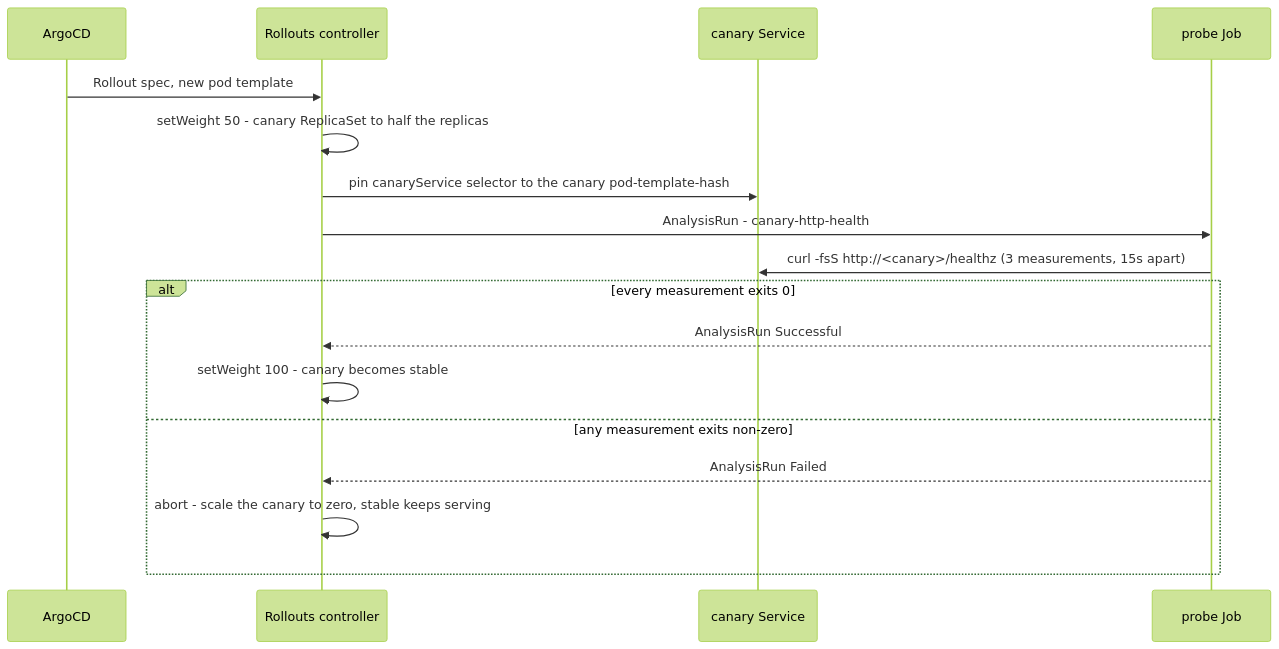
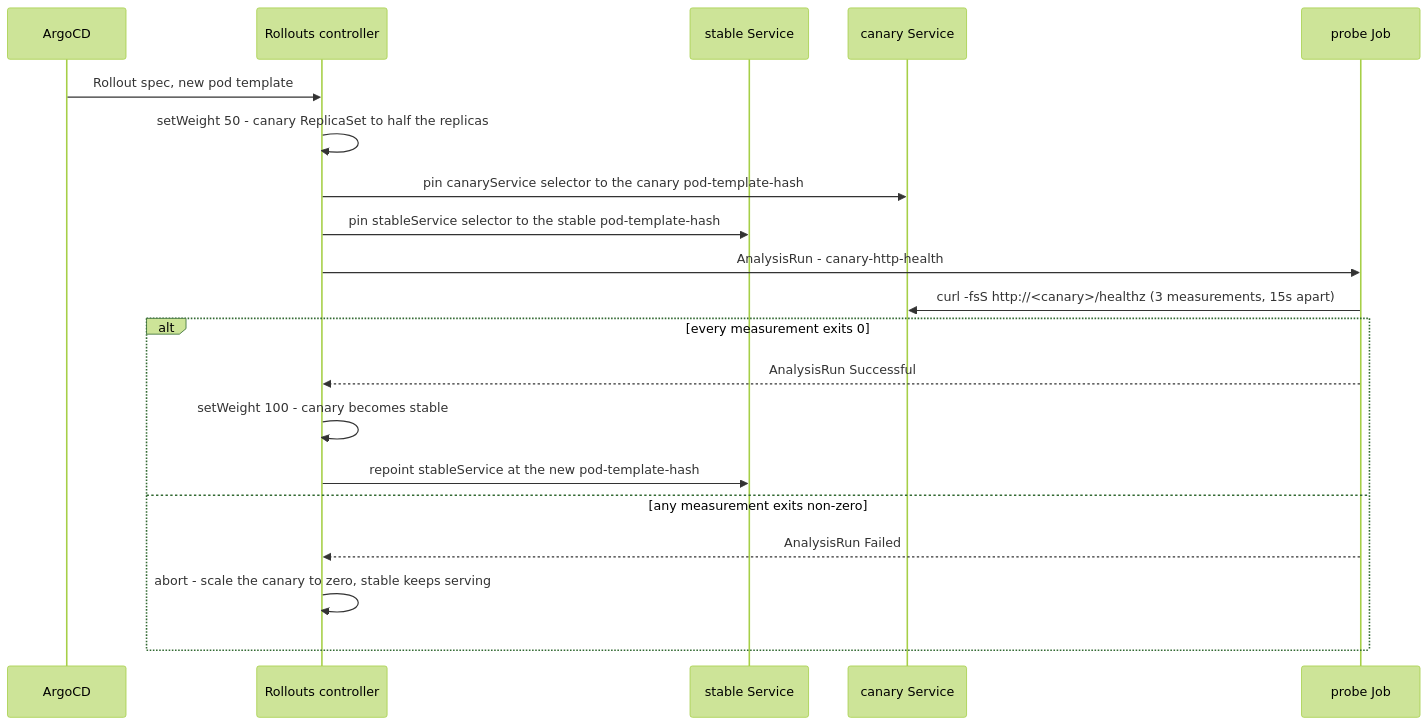
The diagram in docs/progressive-delivery.md (ryanmcafee/homelab), drawn with Mermaid (forest theme) before and after one commit. The commit also changed other lines of this file and 4 other files, not shown here.

First line of the commit message:
test(delivery): measure the stable Service mid-canary, not just after the abort (#523)

````diff
--- a/docs/progressive-delivery.md
+++ b/docs/progressive-delivery.md
@@ -18,19 +18,22 @@
 ```mermaid
 sequenceDiagram
     participant A as ArgoCD
     participant R as Rollouts controller
+    participant S as stable Service
     participant C as canary Service
     participant J as probe Job
     A->>R: Rollout spec, new pod template
     R->>R: setWeight 50 - canary ReplicaSet to half the replicas
     R->>C: pin canaryService selector to the canary pod-template-hash
+    R->>S: pin stableService selector to the stable pod-template-hash
     R->>J: AnalysisRun - canary-http-health
     J->>C: curl -fsS http://<canary>/healthz (3 measurements, 15s apart)
     alt every measurement exits 0
         J-->>R: AnalysisRun Successful
         R->>R: setWeight 100 - canary becomes stable
+        R->>S: repoint stableService at the new pod-template-hash
     else any measurement exits non-zero
         J-->>R: AnalysisRun Failed
         R->>R: abort - scale the canary to zero, stable keeps serving
     end
 ```
````
